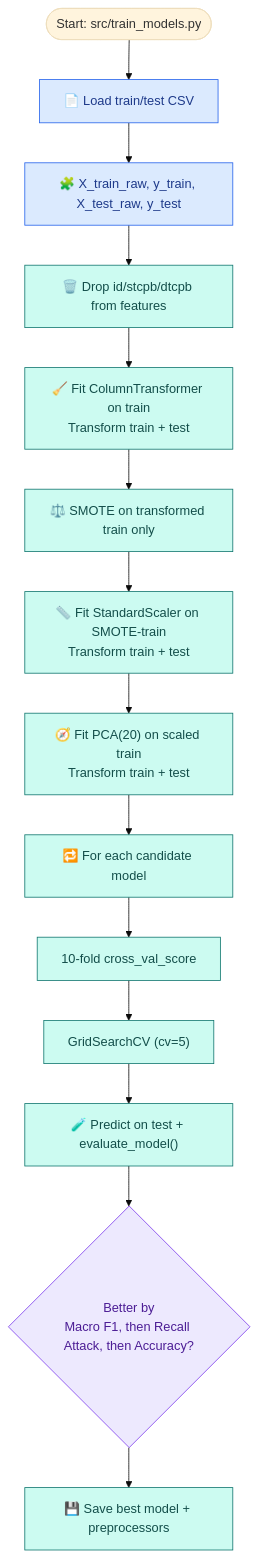
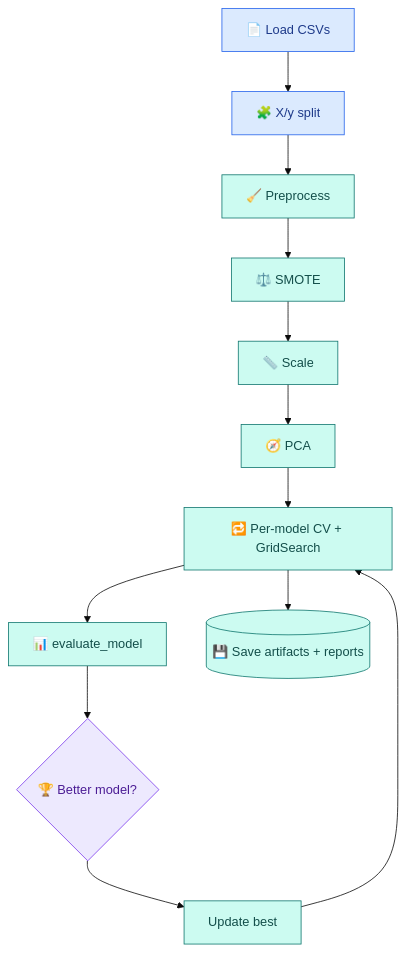
One commit to Pratyay-Bera/network_intrusion_detection_upgrade changed the fourth of 6 diagrams in README.md. Above: the diagram before and after it, drawn with Mermaid (base theme). The commit also changed other lines of this file and 6 other files, not shown here.

Commit message:
Rewrite README and refresh architecture diagrams

````diff
--- a/README.md
+++ b/README.md
@@ -548,25 +529,16 @@
 ```mermaid
 flowchart TB
-  classDef data fill:#dbeafe,stroke:#2563eb,color:#1e3a8a;
-  classDef process fill:#ccfbf1,stroke:#0f766e,color:#134e4a;
-  classDef model fill:#ede9fe,stroke:#7c3aed,color:#4c1d95;
-  classDef eval fill:#fef3c7,stroke:#d97706,color:#92400e;
+  classDef data fill:#DBEAFE,stroke:#2563EB,color:#1E3A8A;
+  classDef process fill:#CCFBF1,stroke:#0F766E,color:#134E4A;
+  classDef model fill:#EDE9FE,stroke:#7C3AED,color:#4C1D95;
+  classDef eval fill:#FEF3C7,stroke:#D97706,color:#92400E;
 
-  start(["Start: src/train_models.py"]) --> load["📄 Load train/test CSV"]
-  load --> split["🧩 X_train_raw, y_train, X_test_raw, y_test"]
-  split --> drop["🗑️ Drop id/stcpb/dtcpb from features"]
-  drop --> prep["🧹 Fit ColumnTransformer on train\nTransform train + test"]
-  prep --> smote["⚖️ SMOTE on transformed train only"]
-  smote --> scale["📏 Fit StandardScaler on SMOTE-train\nTransform train + test"]
-  scale --> pca["🧭 Fit PCA(20) on scaled train\nTransform train + test"]
-  pca --> loop["🔁 For each candidate model"]
-  loop --> cv10["10-fold cross_val_score"]
-  cv10 --> grid5["GridSearchCV (cv=5)"]
-  grid5 --> testeval["🧪 Predict on test + evaluate_model()"]
-  testeval --> best{"Better by\nMacro F1, then Recall Attack, then Accuracy?"}
-  best --> save["💾 Save best model + preprocessors"]
+  load["📄 Load CSVs"] --> split["🧩 X/y split"] --> prep["🧹 Preprocess"] --> smote["⚖️ SMOTE"] --> scale["📏 Scale"] --> pca["🧭 PCA"]
+  pca --> loop["🔁 Per-model CV + GridSearch"] --> eval["📊 evaluate_model"] --> gate{"🏆 Better model?"}
+  gate --> keep["Update best"] --> loop
+  loop --> save[("💾 Save artifacts + reports")]
 
   class load,split data;
-  class drop,prep,smote,scale,pca,loop,cv10,grid5,testeval,save process;
-  class best model;
+  class prep,smote,scale,pca,loop,eval,keep,save process;
+  class gate model;
 ```
````
